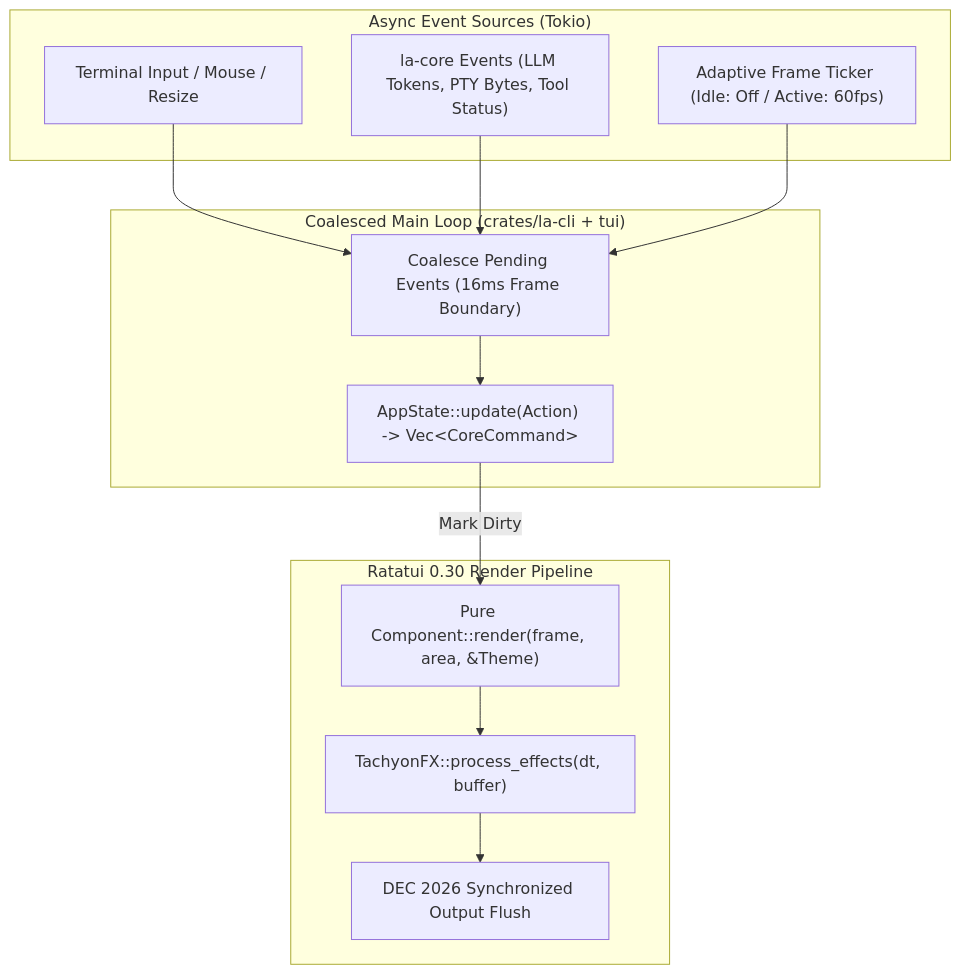
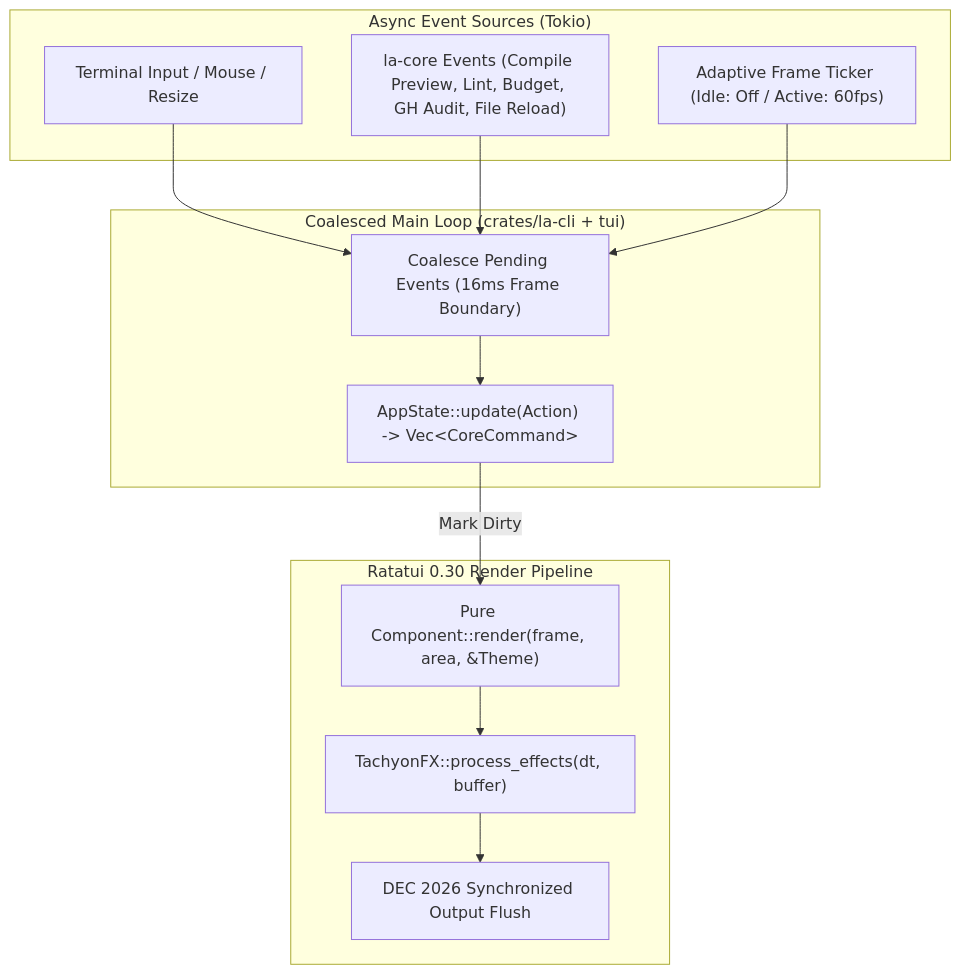
Before and after one commit to lazyaix/lazyagents: the diagram in docs/tui-architecture.md, drawn with Mermaid. The commit also changed other lines of this file and 11 other files, not shown here.

First line of the commit message:
docs: define product positioning and architecture specification (#9)

````diff
--- a/docs/tui-architecture.md
+++ b/docs/tui-architecture.md
@@ -108,27 +111,27 @@
 ```mermaid
 flowchart TD
     subgraph Inputs["Async Event Sources (Tokio)"]
         Kbd["Terminal Input / Mouse / Resize"]
-        CoreEv["la-core Events (LLM Tokens, PTY Bytes, Tool Status)"]
+        CoreEv["la-core Events (Compile Preview, Lint, Budget, GH Audit, File Reload)"]
         Tick["Adaptive Frame Ticker (Idle: Off / Active: 60fps)"]
     end
 
     subgraph Loop["Coalesced Main Loop (crates/la-cli + tui)"]
         Drain["Coalesce Pending Events (16ms Frame Boundary)"]
         Update["AppState::update(Action) -> Vec&lt;CoreCommand&gt;"]
     end
 
     subgraph Render["Ratatui 0.30 Render Pipeline"]
         Draw["Pure Component::render(frame, area, &Theme)"]
         Shader["TachyonFX::process_effects(dt, buffer)"]
         Flush["DEC 2026 Synchronized Output Flush"]
     end
 
     Kbd --> Drain
     CoreEv --> Drain
     Tick --> Drain
     Drain --> Update
     Update -->|"Mark Dirty"| Draw
     Draw --> Shader
     Shader --> Flush
 ```
````
